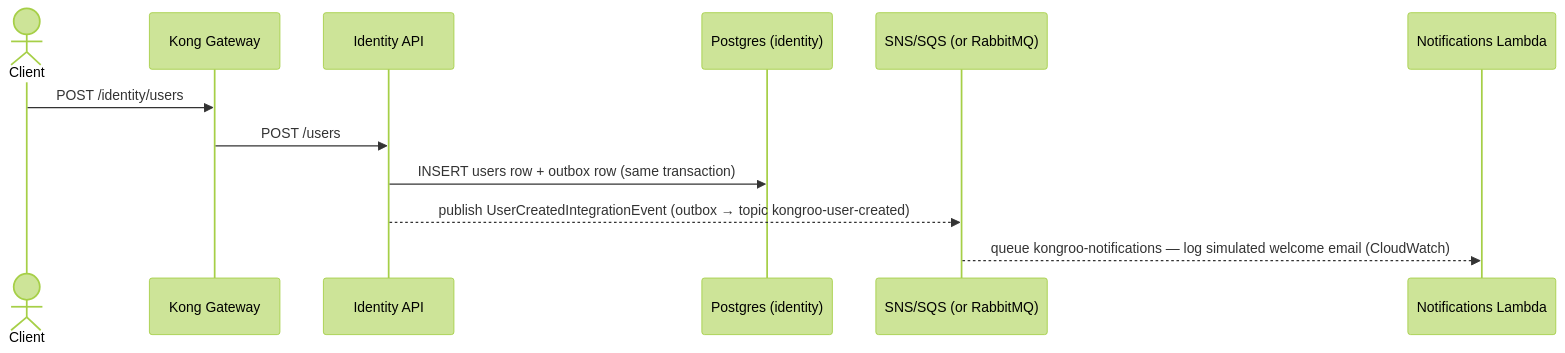
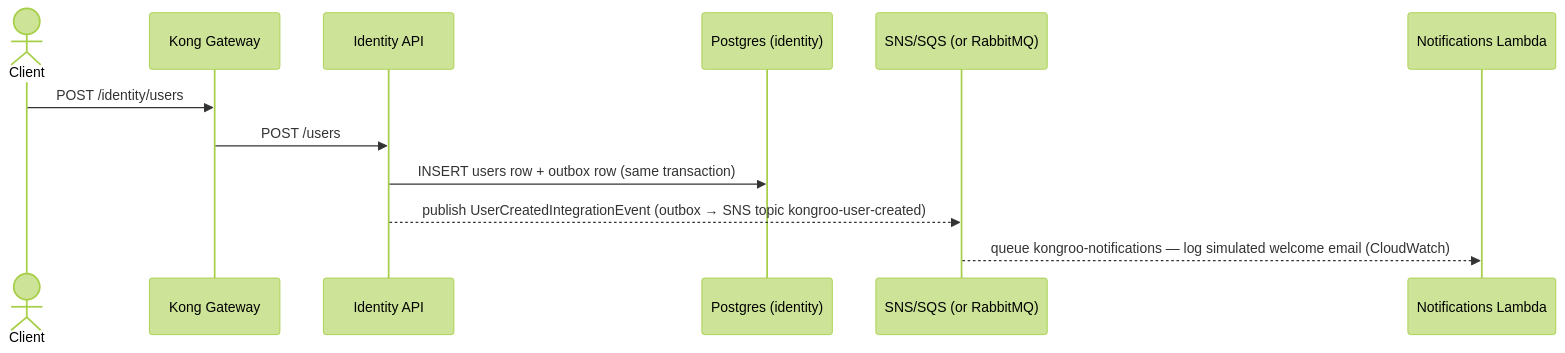
The tenth of 11 diagrams in ARCHITECTURE.md (almeidajr/Kongroo.Orchestration), drawn with Mermaid (forest theme) before and after one commit. The commit also changed other lines of this file, not shown here.

Commit message:
docs: fix ARCHITECTURE queue names and review findings

````diff
--- a/ARCHITECTURE.md
+++ b/ARCHITECTURE.md
@@ -488,15 +484,15 @@
 ```mermaid
 sequenceDiagram
     actor Client
     participant Kong as Kong Gateway
     participant Identity as Identity API
     participant DB as Postgres (identity)
     participant Bus as SNS/SQS (or RabbitMQ)
     participant Lambda as Notifications Lambda
 
     Client->>Kong: POST /identity/users
     Kong->>Identity: POST /users
     Identity->>DB: INSERT users row + outbox row (same transaction)
-    Identity-->>Bus: publish UserCreatedIntegrationEvent (outbox → topic kongroo-user-created)
+    Identity-->>Bus: publish UserCreatedIntegrationEvent (outbox → SNS topic kongroo-user-created)
     Bus-->>Lambda: queue kongroo-notifications — log simulated welcome email (CloudWatch)
 ```
````
